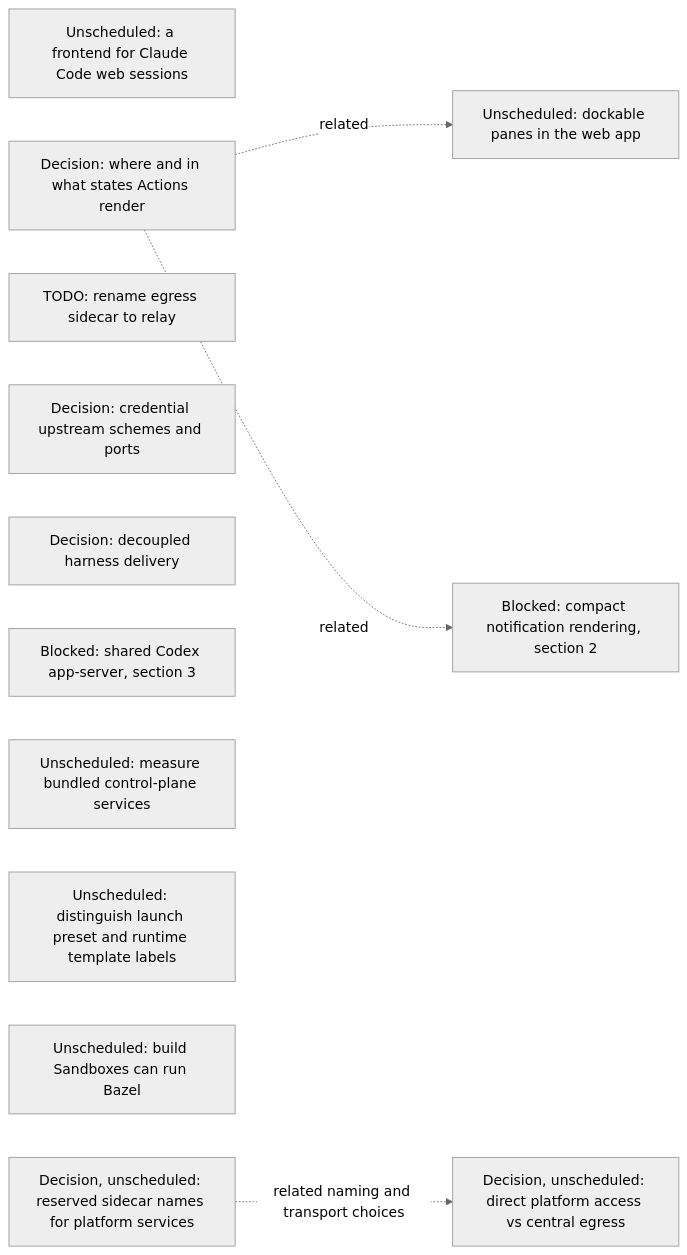
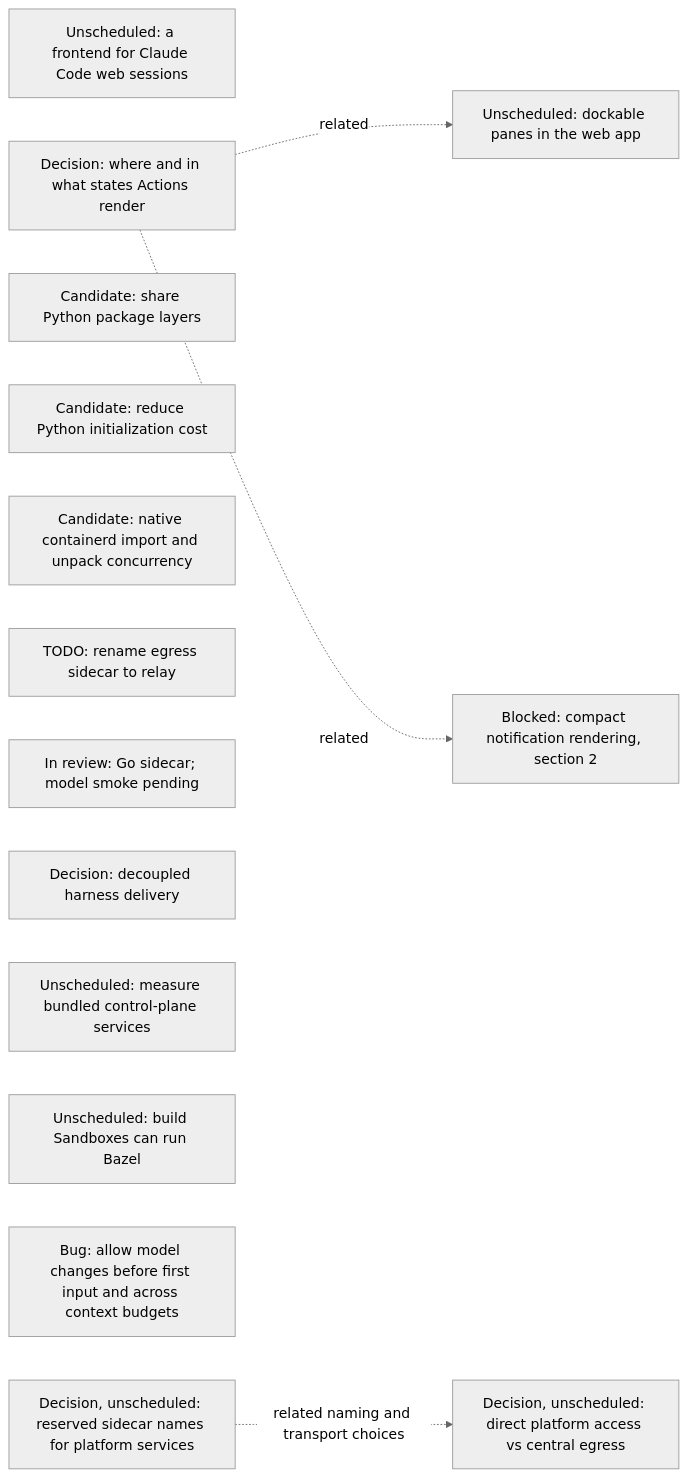
One commit to agentydragon/ducktape changed the seventh of 16 diagrams in agentplane/plans/task_dag.md. Above: the diagram before and after it, drawn with Mermaid (neutral theme). The commit also changed other lines of this file, not shown here.

Commit message:
agentplane: track model-change context budget bug in DAG

````diff
--- a/agentplane/plans/task_dag.md
+++ b/agentplane/plans/task_dag.md
@@ -789,19 +794,21 @@
 ```mermaid
 flowchart LR
     CLAUDE_CODE_WEB_BRIDGE[Unscheduled: a frontend for Claude Code web sessions]
     ACTION_SURFACES_DESIGN[Decision: where and in what states Actions render]
+    K3S_SHARED_PACKAGE_LAYERS[Candidate: share Python package layers]
+    K3S_PYTHON_INITIALIZATION[Candidate: reduce Python initialization cost]
+    K3S_IMPORT_CONCURRENCY[Candidate: native containerd import and unpack concurrency]
     EGRESS_RELAY_RENAME[TODO: rename egress sidecar to relay]
-    EGRESS_CREDENTIAL_TRANSPORT_DESIGN[Decision: credential upstream schemes and ports]
+    EGRESS_SIDECAR_GO[In review: Go sidecar; model smoke pending]
     RUNNER_HARNESS_DELIVERY_DESIGN[Decision: decoupled harness delivery]
-    RUNNER_CODEX_SHARED_PROCESS[Blocked: shared Codex app-server, section 3]
     K3S_BUNDLED_SERVICES_SPIKE[Unscheduled: measure bundled control-plane services]
     DOCKABLE_PANES[Unscheduled: dockable panes in the web app]
     ACTION_SURFACES_DESIGN -. related .-> DOCKABLE_PANES
     NOTIFICATION_PRESENTATION[Blocked: compact notification rendering, section 2]
     ACTION_SURFACES_DESIGN -. related .-> NOTIFICATION_PRESENTATION
-    SANDBOX_FORM_TERMINOLOGY[Unscheduled: distinguish launch preset and runtime template labels]
     BUILD_BOX_BAZEL[Unscheduled: build Sandboxes can run Bazel]
+    MODEL_CHANGE_CONTEXT_BUDGET[Bug: allow model changes before first input and across context budgets]
     PLATFORM_SERVICE_NAMES_DESIGN[Decision, unscheduled: reserved sidecar names for platform services]
     PLATFORM_SERVICE_ROUTING_DESIGN[Decision, unscheduled: direct platform access vs central egress]
     PLATFORM_SERVICE_NAMES_DESIGN -. related naming and transport choices .-> PLATFORM_SERVICE_ROUTING_DESIGN
 ```
````
